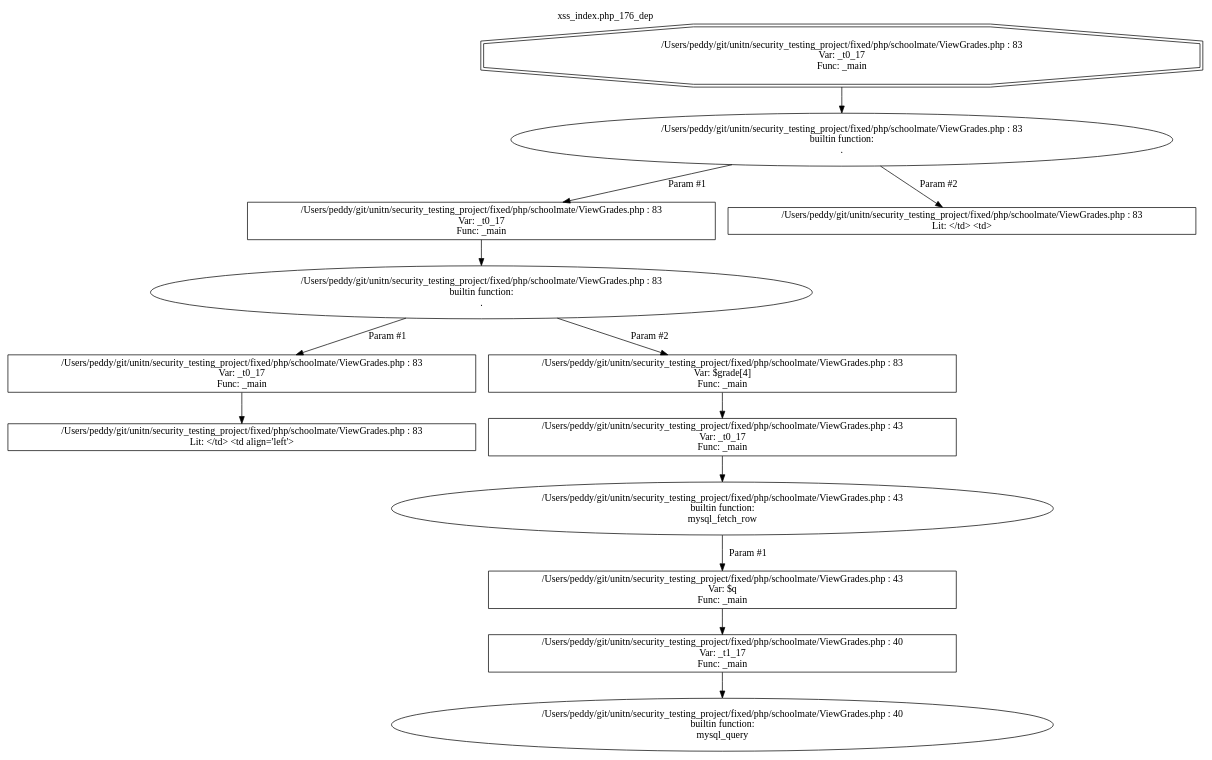
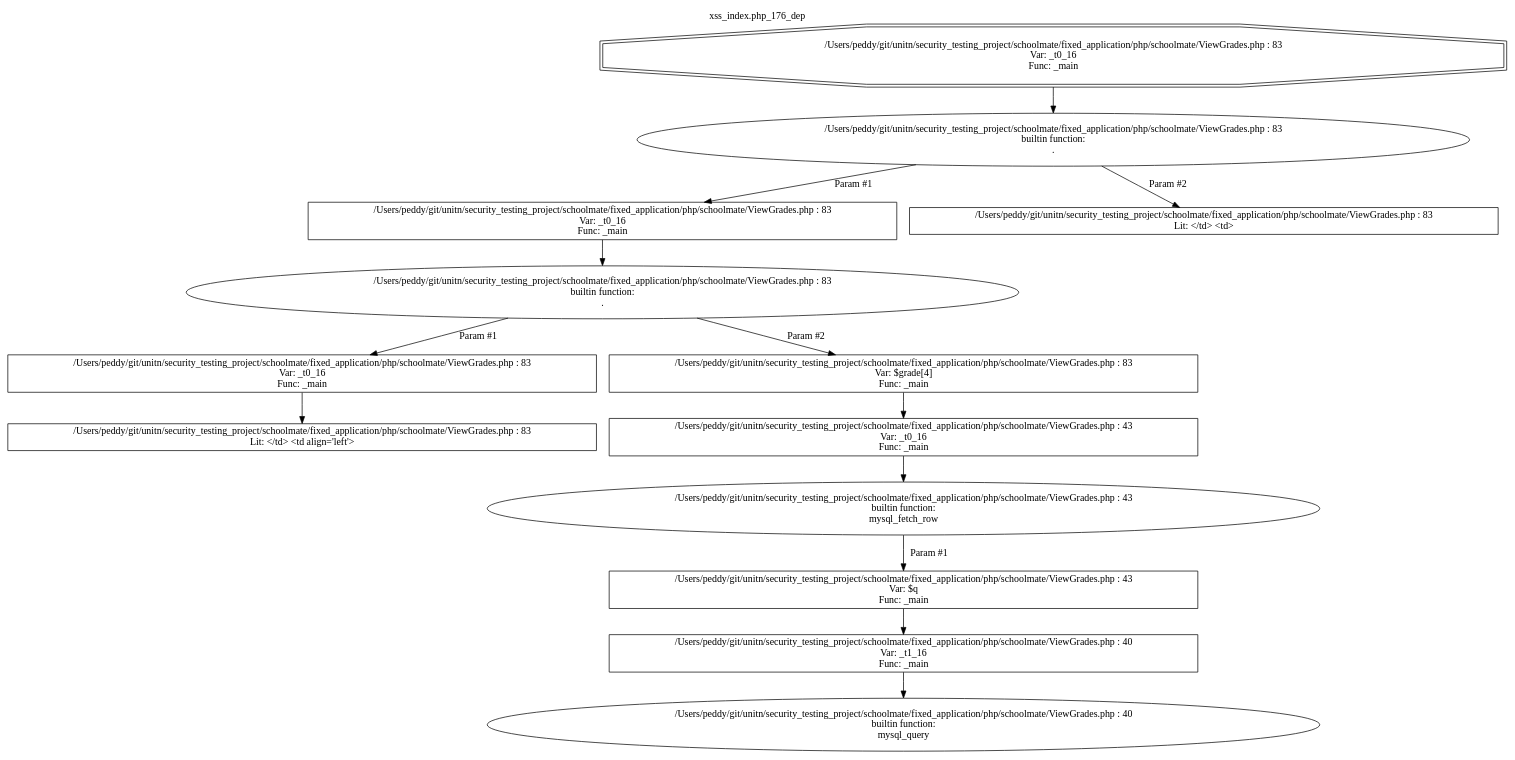
The diagram in taint_analysis/fixed_app/dot/dep/xss_index.php_176_dep.dot (davidepedranz/security_testing_project), drawn with Graphviz before and after one commit. The commit also changed 1616 other files, not shown here.

```diff
--- a/taint_analysis/fixed_app/dot/dep/xss_index.php_176_dep.dot
+++ b/taint_analysis/fixed_app/dot/dep/xss_index.php_176_dep.dot
@@ -1,29 +1,29 @@
 digraph cfg {
   label="xss_index.php_176_dep";
   labelloc=t;
-  n1 [shape=doubleoctagon, label="/Users/peddy/git/unitn/security_testing_project/fixed/php/schoolmate/ViewGrades.php : 83\nVar: _t0_17\nFunc: _main\n"];
-  n2 [shape=ellipse, label="/Users/peddy/git/unitn/security_testing_project/fixed/php/schoolmate/ViewGrades.php : 83\nbuiltin function:\n.\n"];
-  n3 [shape=box, label="/Users/peddy/git/unitn/security_testing_project/fixed/php/schoolmate/ViewGrades.php : 83\nVar: _t0_17\nFunc: _main\n"];
-  n4 [shape=ellipse, label="/Users/peddy/git/unitn/security_testing_project/fixed/php/schoolmate/ViewGrades.php : 83\nbuiltin function:\n.\n"];
-  n5 [shape=box, label="/Users/peddy/git/unitn/security_testing_project/fixed/php/schoolmate/ViewGrades.php : 83\nVar: _t0_17\nFunc: _main\n"];
-  n6 [shape=box, label="/Users/peddy/git/unitn/security_testing_project/fixed/php/schoolmate/ViewGrades.php : 83\nLit: </td>	<td align='left'>\n"];
-  n7 [shape=box, label="/Users/peddy/git/unitn/security_testing_project/fixed/php/schoolmate/ViewGrades.php : 83\nVar: $grade[4]\nFunc: _main\n"];
-  n8 [shape=box, label="/Users/peddy/git/unitn/security_testing_project/fixed/php/schoolmate/ViewGrades.php : 43\nVar: _t0_17\nFunc: _main\n"];
-  n9 [shape=ellipse, label="/Users/peddy/git/unitn/security_testing_project/fixed/php/schoolmate/ViewGrades.php : 43\nbuiltin function:\nmysql_fetch_row\n"];
-  n10 [shape=box, label="/Users/peddy/git/unitn/security_testing_project/fixed/php/schoolmate/ViewGrades.php : 43\nVar: $q\nFunc: _main\n"];
-  n11 [shape=box, label="/Users/peddy/git/unitn/security_testing_project/fixed/php/schoolmate/ViewGrades.php : 40\nVar: _t1_17\nFunc: _main\n"];
-  n12 [shape=ellipse, label="/Users/peddy/git/unitn/security_testing_project/fixed/php/schoolmate/ViewGrades.php : 40\nbuiltin function:\nmysql_query\n"];
-  n13 [shape=box, label="/Users/peddy/git/unitn/security_testing_project/fixed/php/schoolmate/ViewGrades.php : 83\nLit: </td>	<td>\n"];
+  n1 [shape=doubleoctagon, label="/Users/peddy/git/unitn/security_testing_project/schoolmate/fixed_application/php/schoolmate/ViewGrades.php : 83\nVar: _t0_16\nFunc: _main\n"];
+  n2 [shape=ellipse, label="/Users/peddy/git/unitn/security_testing_project/schoolmate/fixed_application/php/schoolmate/ViewGrades.php : 83\nbuiltin function:\n.\n"];
+  n3 [shape=box, label="/Users/peddy/git/unitn/security_testing_project/schoolmate/fixed_application/php/schoolmate/ViewGrades.php : 83\nVar: _t0_16\nFunc: _main\n"];
+  n4 [shape=ellipse, label="/Users/peddy/git/unitn/security_testing_project/schoolmate/fixed_application/php/schoolmate/ViewGrades.php : 83\nbuiltin function:\n.\n"];
+  n5 [shape=box, label="/Users/peddy/git/unitn/security_testing_project/schoolmate/fixed_application/php/schoolmate/ViewGrades.php : 83\nVar: _t0_16\nFunc: _main\n"];
+  n6 [shape=box, label="/Users/peddy/git/unitn/security_testing_project/schoolmate/fixed_application/php/schoolmate/ViewGrades.php : 83\nLit: </td>	<td align='left'>\n"];
+  n7 [shape=box, label="/Users/peddy/git/unitn/security_testing_project/schoolmate/fixed_application/php/schoolmate/ViewGrades.php : 83\nVar: $grade[4]\nFunc: _main\n"];
+  n8 [shape=box, label="/Users/peddy/git/unitn/security_testing_project/schoolmate/fixed_application/php/schoolmate/ViewGrades.php : 43\nVar: _t0_16\nFunc: _main\n"];
+  n9 [shape=ellipse, label="/Users/peddy/git/unitn/security_testing_project/schoolmate/fixed_application/php/schoolmate/ViewGrades.php : 43\nbuiltin function:\nmysql_fetch_row\n"];
+  n10 [shape=box, label="/Users/peddy/git/unitn/security_testing_project/schoolmate/fixed_application/php/schoolmate/ViewGrades.php : 43\nVar: $q\nFunc: _main\n"];
+  n11 [shape=box, label="/Users/peddy/git/unitn/security_testing_project/schoolmate/fixed_application/php/schoolmate/ViewGrades.php : 40\nVar: _t1_16\nFunc: _main\n"];
+  n12 [shape=ellipse, label="/Users/peddy/git/unitn/security_testing_project/schoolmate/fixed_application/php/schoolmate/ViewGrades.php : 40\nbuiltin function:\nmysql_query\n"];
+  n13 [shape=box, label="/Users/peddy/git/unitn/security_testing_project/schoolmate/fixed_application/php/schoolmate/ViewGrades.php : 83\nLit: </td>	<td>\n"];
   n1 -> n2;
   n3 -> n4;
   n5 -> n6;
   n4 -> n5[label="Param #1"];
   n4 -> n7[label="Param #2"];
   n8 -> n9;
   n11 -> n12;
   n10 -> n11;
   n9 -> n10[label="Param #1"];
   n7 -> n8;
   n2 -> n3[label="Param #1"];
   n2 -> n13[label="Param #2"];
 }
```
